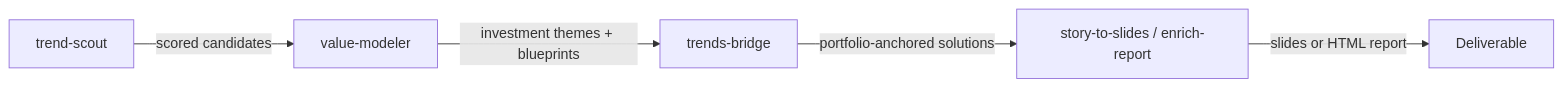
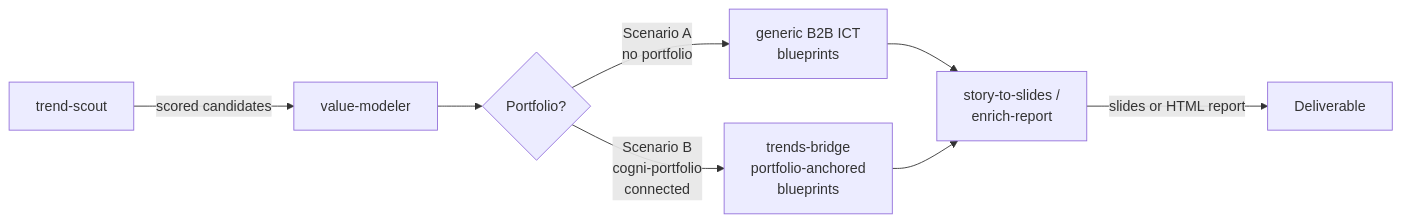
One commit to cogni-work/cogni-works changed the diagram in docs/workflows/trends-to-solutions.md. Above: the diagram before and after it, drawn with Mermaid. The commit also changed other lines of this file, not shown here.

First line of the commit message:
docs(workflows): split trends-to-solutions into Scenario A (standalone) and Scenario B (portfolio-anchored)

````diff
--- a/docs/workflows/trends-to-solutions.md
+++ b/docs/workflows/trends-to-solutions.md
@@ -7,7 +7,10 @@
 ```mermaid
 graph LR
     A[trend-scout] -->|scored candidates| B[value-modeler]
-    B -->|investment themes + blueprints| C[trends-bridge]
-    C -->|portfolio-anchored solutions| D[story-to-slides / enrich-report]
+    B --> C{Portfolio?}
+    C -->|Scenario A<br/>no portfolio| SA[generic B2B ICT<br/>blueprints]
+    C -->|Scenario B<br/>cogni-portfolio<br/>connected| SB[trends-bridge<br/>portfolio-anchored<br/>blueprints]
+    SA --> D[story-to-slides /<br/>enrich-report]
+    SB --> D
     D -->|slides or HTML report| E[Deliverable]
 ```
````
